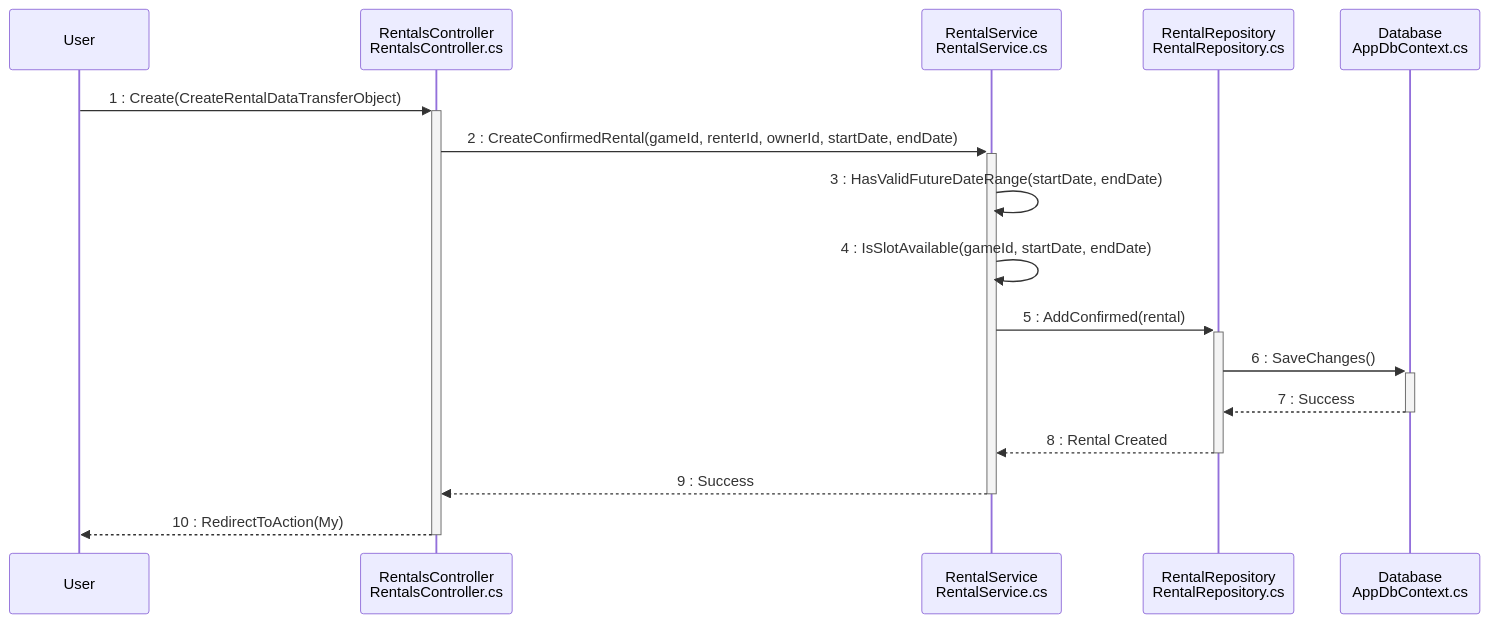
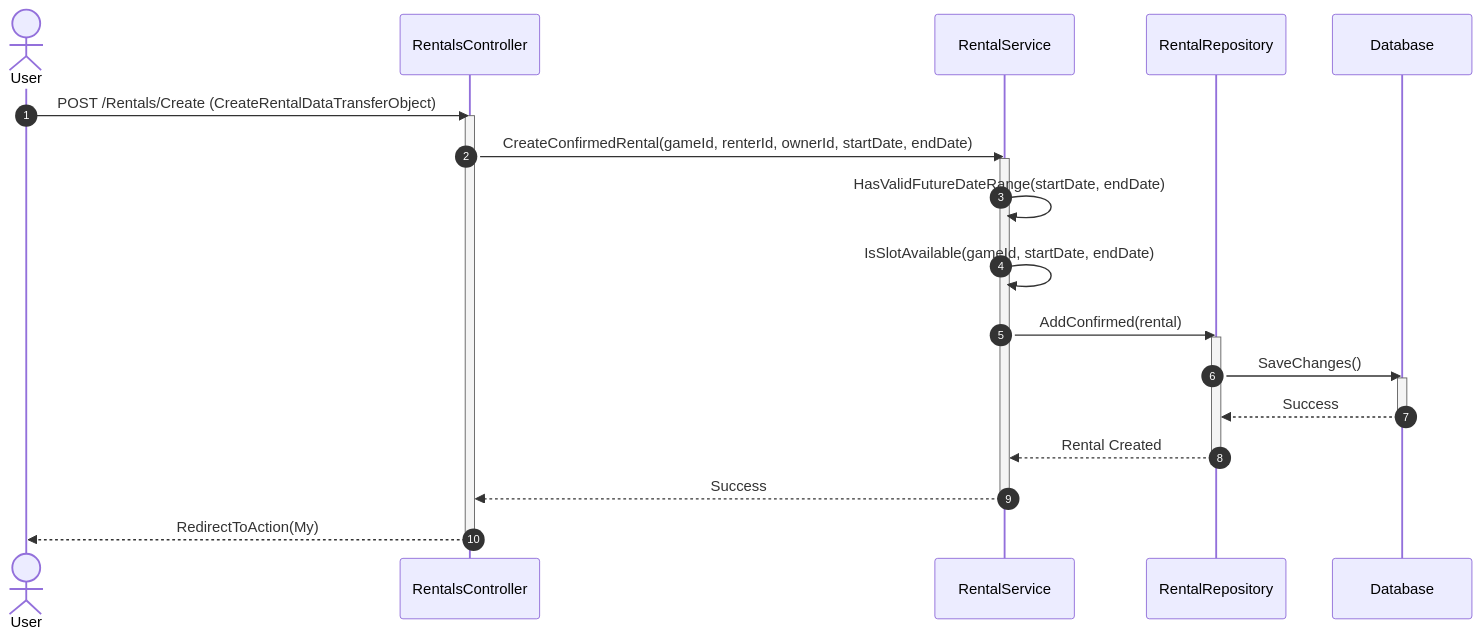
The diagram in diagram/andrei/CreateConfirmedRental.mmd (CsokmaiRobert/UBB-SE-2026-922-2), drawn with Mermaid before and after one commit. The commit also changed 1 other file, not shown here.

Commit message:
diagrama

```diff
--- a/diagram/andrei/CreateConfirmedRental.mmd
+++ b/diagram/andrei/CreateConfirmedRental.mmd
@@ -1,19 +1,31 @@
 sequenceDiagram
-    participant User
-    participant RC as RentalsController<br/>RentalsController.cs
-    participant RS as RentalService<br/>RentalService.cs
-    participant RR as RentalRepository<br/>RentalRepository.cs
-    participant DB as Database<br/>AppDbContext.cs
+    autonumber
+    actor User
+    participant RC as RentalsController
+    participant RS as RentalService
+    participant RR as RentalRepository
+    participant DB as Database
 
-    User->>+RC: 1 : Create(CreateRentalDataTransferObject)
-    RC->>+RS: 2 : CreateConfirmedRental(gameId, renterId, ownerId, startDate, endDate)
+    User->>RC: POST /Rentals/Create (CreateRentalDataTransferObject)
+    activate RC
 
-    RS->>RS: 3 : HasValidFutureDateRange(startDate, endDate)
-    RS->>RS: 4 : IsSlotAvailable(gameId, startDate, endDate)
+    RC->>RS: CreateConfirmedRental(gameId, renterId, ownerId, startDate, endDate)
+    activate RS
 
-    RS->>+RR: 5 : AddConfirmed(rental)
-    RR->>+DB: 6 : SaveChanges()
-    DB-->>-RR: 7 : Success
-    RR-->>-RS: 8 : Rental Created
-    RS-->>-RC: 9 : Success
-    RC-->>-User: 10 : RedirectToAction(My)
+    RS->>RS: HasValidFutureDateRange(startDate, endDate)
+    RS->>RS: IsSlotAvailable(gameId, startDate, endDate)
+
+    RS->>RR: AddConfirmed(rental)
+    activate RR
+    RR->>DB: SaveChanges()
+    activate DB
+    DB-->>RR: Success
+    deactivate DB
+    RR-->>RS: Rental Created
+    deactivate RR
+
+    RS-->>RC: Success
+    deactivate RS
+
+    RC-->>User: RedirectToAction(My)
+    deactivate RC
```
